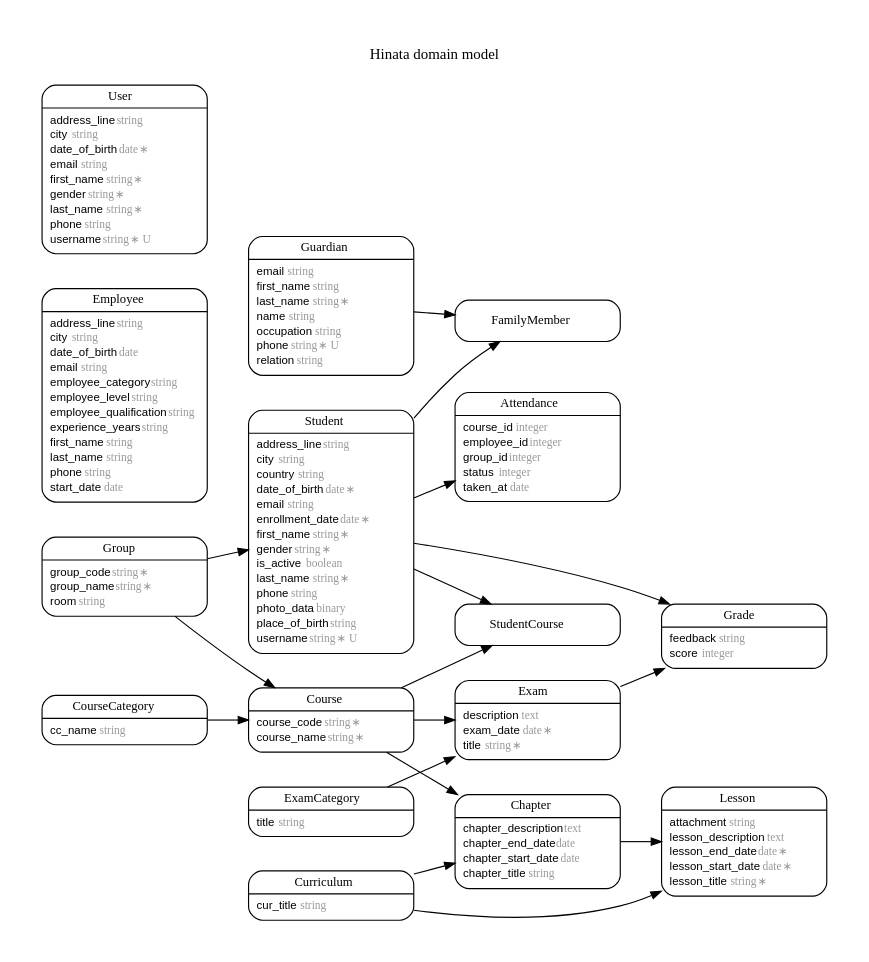
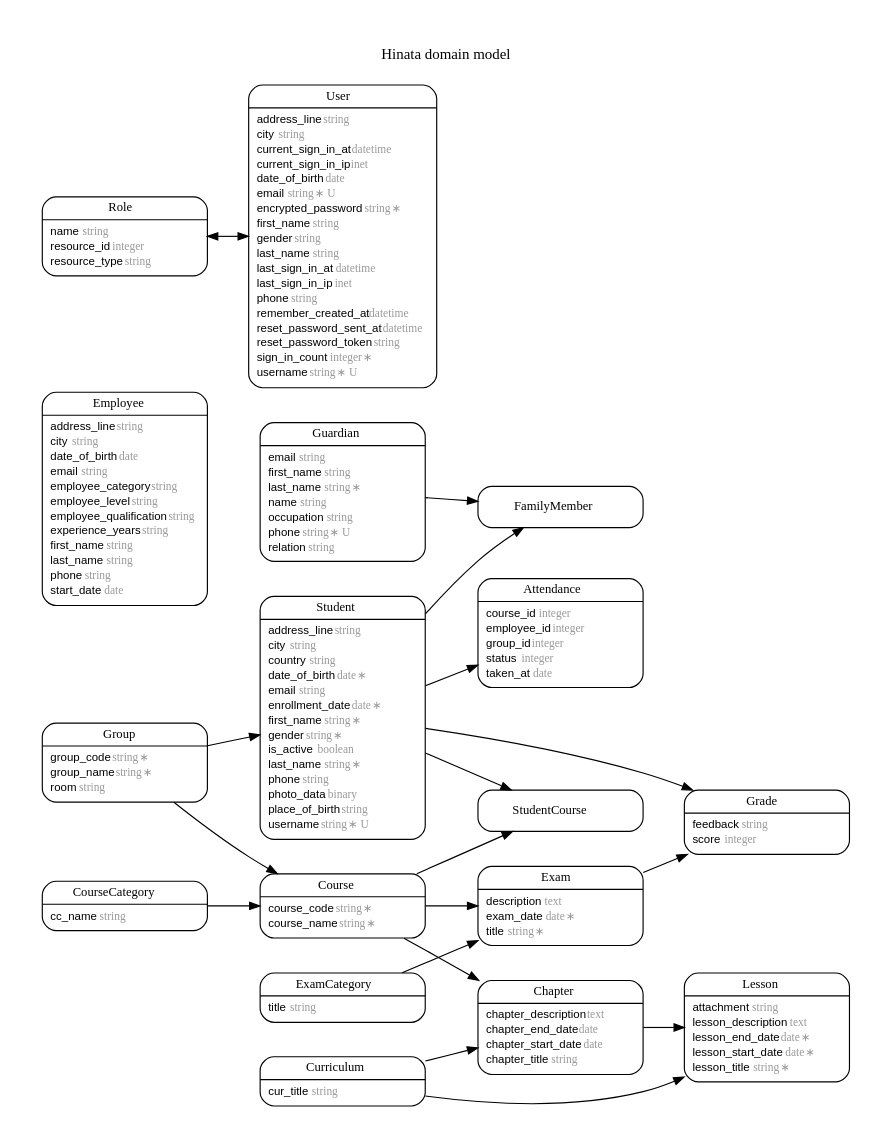
The diagram in erd.dot (etoundi1er/hinata), drawn with Graphviz before and after one commit. The commit also changed 4 other files, not shown here.

```diff
--- a/erd.dot
+++ b/erd.dot
@@ -145,6 +145,16 @@
   <tr><td align="left" width="130" port="lesson_title">lesson_title <font face="Arail Italic" color="grey60">string ∗</font></td></tr>
 </table>
 >];
+m_Role [label = <<table border="0" align="center" cellspacing="0.5" cellpadding="0" width="134">
+  <tr><td align="center" valign="bottom" width="130"><font face="Arial Bold" point-size="11">Role</font></td></tr>
+</table>
+|
+<table border="0" align="left" cellspacing="2" cellpadding="0" width="134">
+  <tr><td align="left" width="130" port="name">name <font face="Arail Italic" color="grey60">string</font></td></tr>
+  <tr><td align="left" width="130" port="resource_id">resource_id <font face="Arail Italic" color="grey60">integer</font></td></tr>
+  <tr><td align="left" width="130" port="resource_type">resource_type <font face="Arail Italic" color="grey60">string</font></td></tr>
+</table>
+>];
 m_Student [label = <<table border="0" align="center" cellspacing="0.5" cellpadding="0" width="134">
   <tr><td align="center" valign="bottom" width="130"><font face="Arial Bold" point-size="11">Student</font></td></tr>
 </table>
@@ -177,15 +187,25 @@
 <table border="0" align="left" cellspacing="2" cellpadding="0" width="134">
   <tr><td align="left" width="130" port="address_line">address_line <font face="Arail Italic" color="grey60">string</font></td></tr>
   <tr><td align="left" width="130" port="city">city <font face="Arail Italic" color="grey60">string</font></td></tr>
-  <tr><td align="left" width="130" port="date_of_birth">date_of_birth <font face="Arail Italic" color="grey60">date ∗</font></td></tr>
-  <tr><td align="left" width="130" port="email">email <font face="Arail Italic" color="grey60">string</font></td></tr>
-  <tr><td align="left" width="130" port="first_name">first_name <font face="Arail Italic" color="grey60">string ∗</font></td></tr>
-  <tr><td align="left" width="130" port="gender">gender <font face="Arail Italic" color="grey60">string ∗</font></td></tr>
-  <tr><td align="left" width="130" port="last_name">last_name <font face="Arail Italic" color="grey60">string ∗</font></td></tr>
+  <tr><td align="left" width="130" port="current_sign_in_at">current_sign_in_at <font face="Arail Italic" color="grey60">datetime</font></td></tr>
+  <tr><td align="left" width="130" port="current_sign_in_ip">current_sign_in_ip <font face="Arail Italic" color="grey60">inet</font></td></tr>
+  <tr><td align="left" width="130" port="date_of_birth">date_of_birth <font face="Arail Italic" color="grey60">date</font></td></tr>
+  <tr><td align="left" width="130" port="email">email <font face="Arail Italic" color="grey60">string ∗ U</font></td></tr>
+  <tr><td align="left" width="130" port="encrypted_password">encrypted_password <font face="Arail Italic" color="grey60">string ∗</font></td></tr>
+  <tr><td align="left" width="130" port="first_name">first_name <font face="Arail Italic" color="grey60">string</font></td></tr>
+  <tr><td align="left" width="130" port="gender">gender <font face="Arail Italic" color="grey60">string</font></td></tr>
+  <tr><td align="left" width="130" port="last_name">last_name <font face="Arail Italic" color="grey60">string</font></td></tr>
+  <tr><td align="left" width="130" port="last_sign_in_at">last_sign_in_at <font face="Arail Italic" color="grey60">datetime</font></td></tr>
+  <tr><td align="left" width="130" port="last_sign_in_ip">last_sign_in_ip <font face="Arail Italic" color="grey60">inet</font></td></tr>
   <tr><td align="left" width="130" port="phone">phone <font face="Arail Italic" color="grey60">string</font></td></tr>
+  <tr><td align="left" width="130" port="remember_created_at">remember_created_at <font face="Arail Italic" color="grey60">datetime</font></td></tr>
+  <tr><td align="left" width="130" port="reset_password_sent_at">reset_password_sent_at <font face="Arail Italic" color="grey60">datetime</font></td></tr>
+  <tr><td align="left" width="130" port="reset_password_token">reset_password_token <font face="Arail Italic" color="grey60">string</font></td></tr>
+  <tr><td align="left" width="130" port="sign_in_count">sign_in_count <font face="Arail Italic" color="grey60">integer ∗</font></td></tr>
   <tr><td align="left" width="130" port="username">username <font face="Arail Italic" color="grey60">string ∗ U</font></td></tr>
 </table>
 >];
+  m_Role -> m_User [arrowhead = "normal", arrowtail = "normal", weight = "2"];
   m_Curriculum -> m_Chapter [arrowhead = "normal", arrowtail = "none", weight = "2"];
   m_Course -> m_Chapter [arrowhead = "normal", arrowtail = "none", weight = "2"];
   m_Chapter -> m_Lesson [arrowhead = "normal", arrowtail = "none", weight = "2"];
```
